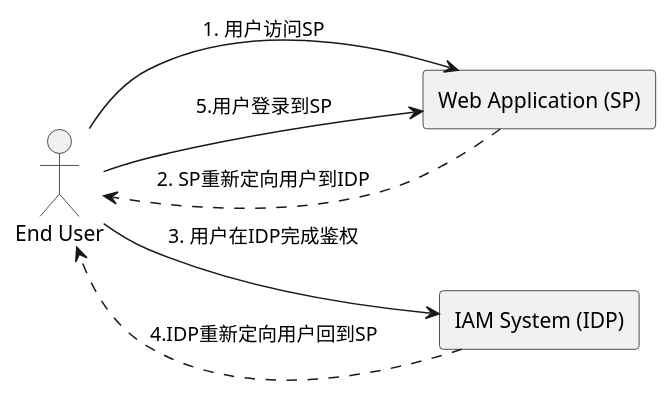
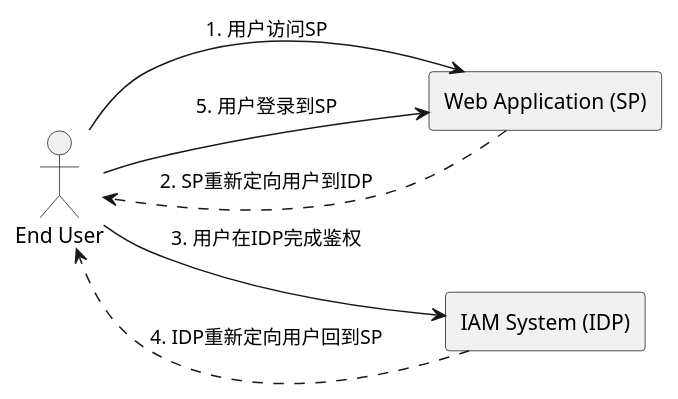
The first of 3 diagrams in source/_posts/SAML-集成介绍.md (lich-wang/nextblog), drawn with PlantUML before and after one commit. The commit also changed other lines of this file, not shown here.

````diff
--- a/source/_posts/SAML-集成介绍.md
+++ b/source/_posts/SAML-集成介绍.md
@@ -11,16 +11,16 @@
 ```plantuml
 @startuml
 left to right direction
 allowmixing
 
 actor "End User" as user
 rectangle "Web Application (SP)" as sp 
 rectangle "IAM System (IDP)" as idp
 
 user --> sp: 1. 用户访问SP
 sp ..> user: 2. SP重新定向用户到IDP
 user -->idp: 3. 用户在IDP完成鉴权
-idp ..>user: 4.IDP重新定向用户回到SP
-user -->sp: 5.用户登录到SP
+idp ..>user: 4. IDP重新定向用户回到SP
+user -->sp: 5. 用户登录到SP
 @enduml
 ```
````
